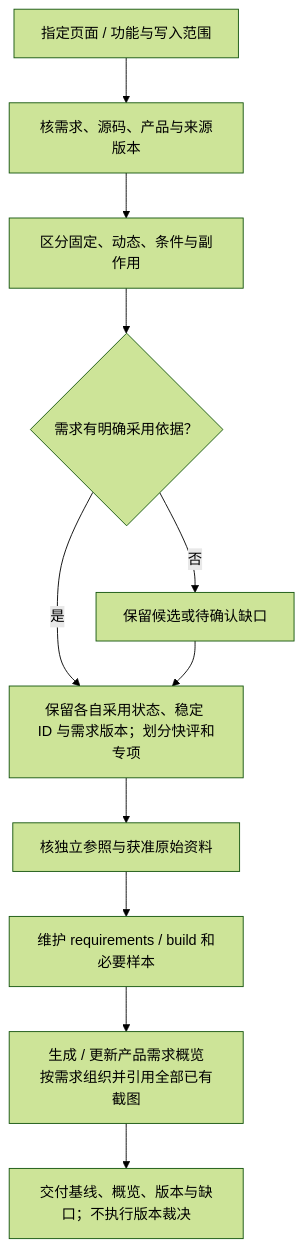
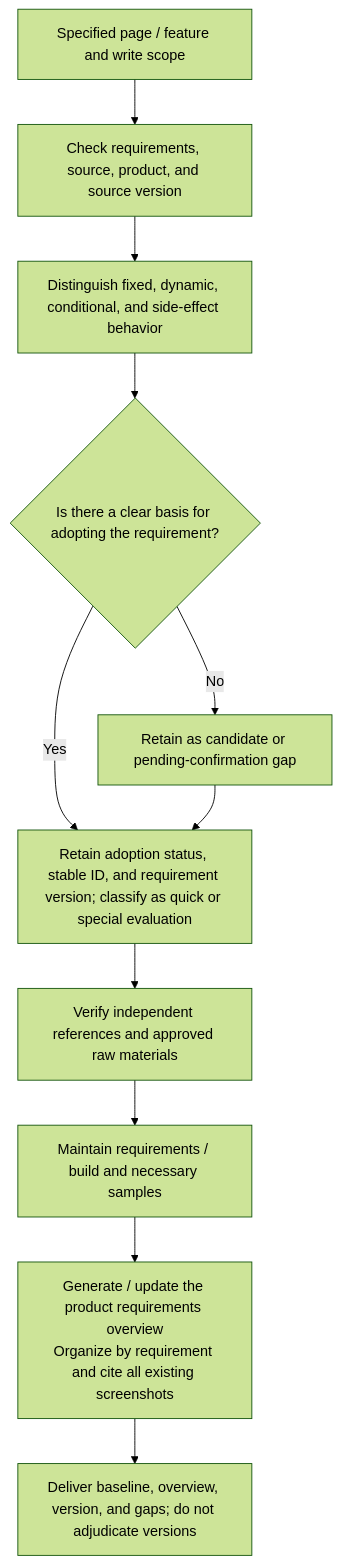
The second of 3 diagrams in apps/desktop/docs/architecture/evaluation.md (alibaba-damo-academy/ScholarSeed), drawn with Mermaid (forest theme) before and after one commit. The commit also changed other lines of this file and 96 other files, not shown here.

````diff
--- a/apps/desktop/docs/architecture/evaluation.md
+++ b/apps/desktop/docs/architecture/evaluation.md
@@ -115,13 +94,13 @@
 ```mermaid
 flowchart TD
-    BuildRequest["指定页面 / 功能与写入范围"] --> Sources["核需求、源码、产品与来源版本"]
-    Sources --> Analysis["区分固定、动态、条件与副作用"]
-    Analysis --> Confirmation{"需求有明确采用依据？"}
-    Confirmation -- "是" --> Layer["保留各自采用状态、稳定 ID 与需求版本；划分快评和专项"]
-    Confirmation -- "否" --> Candidate["保留候选或待确认缺口"]
+    BuildRequest["Specified page / feature and write scope"] --> Sources["Check requirements, source, product, and source version"]
+    Sources --> Analysis["Distinguish fixed, dynamic, conditional, and side-effect behavior"]
+    Analysis --> Confirmation{"Is there a clear basis for adopting the requirement?"}
+    Confirmation -- "Yes" --> Layer["Retain adoption status, stable ID, and requirement version; classify as quick or special evaluation"]
+    Confirmation -- "No" --> Candidate["Retain as candidate or pending-confirmation gap"]
     Candidate --> Layer
-    Layer --> Inputs["核独立参照与获准原始资料"]
-    Inputs --> Revision["维护 requirements / build 和必要样本"]
-    Revision --> OverviewDoc["生成 / 更新产品需求概览<br/>按需求组织并引用全部已有截图"]
-    OverviewDoc --> Handoff["交付基线、概览、版本与缺口；不执行版本裁决"]
+    Layer --> Inputs["Verify independent references and approved raw materials"]
+    Inputs --> Revision["Maintain requirements / build and necessary samples"]
+    Revision --> OverviewDoc["Generate / update the product requirements overview<br/>Organize by requirement and cite all existing screenshots"]
+    OverviewDoc --> Handoff["Deliver baseline, overview, version, and gaps; do not adjudicate versions"]
 ```
````
